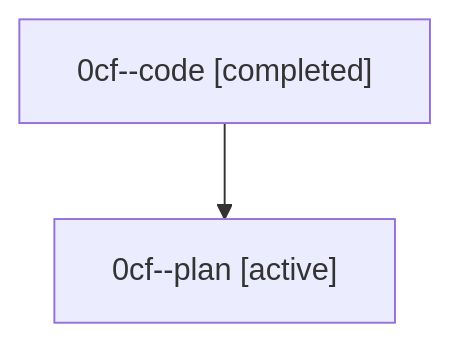
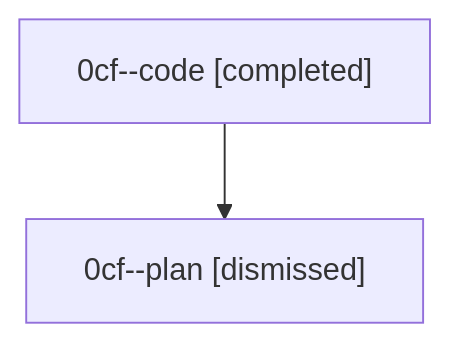
Before and after one commit to sase-org/sase--agents: the diagram in sessions/bbugyi200.athena.0cf.md, drawn with Mermaid. The commit also changed other lines of this file and 17 other files, not shown here.

````diff
--- a/sessions/bbugyi200.athena.0cf.md
+++ b/sessions/bbugyi200.athena.0cf.md
@@ -9,6 +9,6 @@
 ```mermaid
 flowchart TD
   n0["0cf--code [completed]"]
-  n1["0cf--plan [active]"]
+  n1["0cf--plan [dismissed]"]
   n0 --> n1
 ```
````
